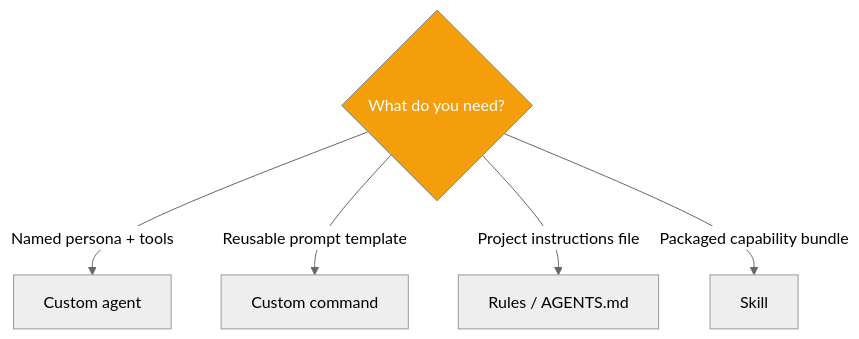
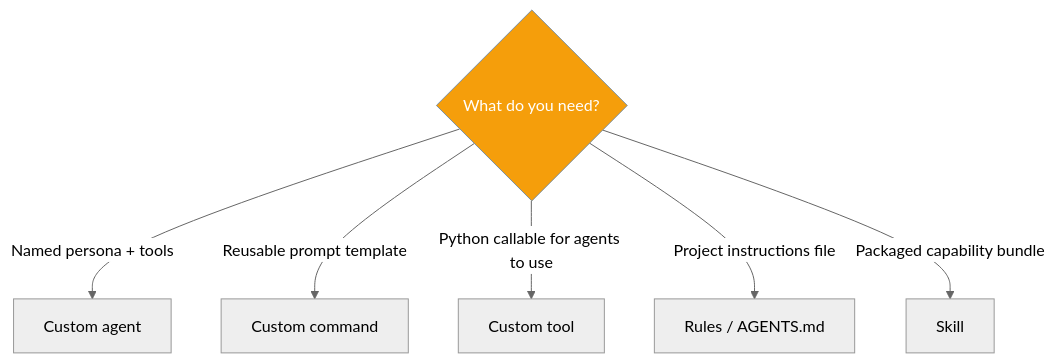
One commit to MervinPraison/PraisonAIDocs changed the fifth of 5 diagrams in docs/features/custom-agents-commands.mdx. Above: the diagram before and after it, drawn with Mermaid (neutral theme). The commit also changed other lines of this file and 2 other files, not shown here.

````diff
--- a/docs/features/custom-agents-commands.mdx
+++ b/docs/features/custom-agents-commands.mdx
@@ -258,11 +366,12 @@
 ```mermaid
 graph TB
     Q{What do you need?}
     Q -->|Named persona + tools| A[Custom agent]
     Q -->|Reusable prompt template| C[Custom command]
+    Q -->|Python callable for agents to use| T[Custom tool]
     Q -->|Project instructions file| R[Rules / AGENTS.md]
     Q -->|Packaged capability bundle| S[Skill]
 
     classDef pick fill:#F59E0B,stroke:#7C90A0,color:#fff
     class Q pick
 ```
````
